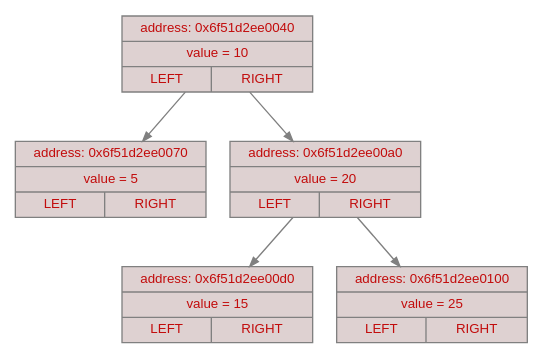
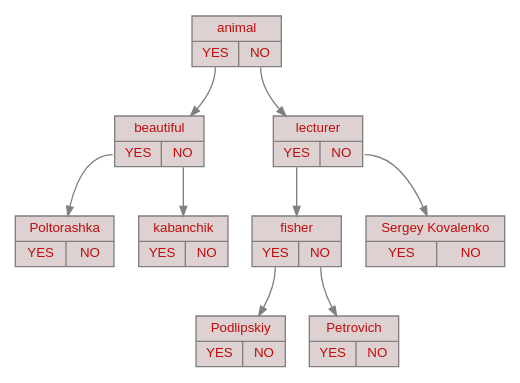
The diagram in list.gv (Sergey3G/Task-4-Akinator), drawn with Graphviz before and after one commit. The commit also changed 11 other files, not shown here.

```diff
--- a/list.gv
+++ b/list.gv
@@ -1,15 +1,23 @@
 digraph G {
   bgcolor="#ffffffff";
   node [shape=record, fontname="Helvetica", fontsize=10, style=filled, fillcolor="#ded1d1ff", fontcolor="#c20c0cff", color=gray];
   edge [arrowsize=0.7, color=gray];
 
-  node0 [label="{address: 0x6f51d2ee0040 | value = 10 | {LEFT | RIGHT}}"];
-  node1 [label="{address: 0x6f51d2ee0070 | value = 5 | {LEFT | RIGHT}}"];
-  node0 -> node1;
-  node2 [label="{address: 0x6f51d2ee00a0 | value = 20 | {LEFT | RIGHT}}"];
-  node3 [label="{address: 0x6f51d2ee00d0 | value = 15 | {LEFT | RIGHT}}"];
-  node2 -> node3;
-  node4 [label="{address: 0x6f51d2ee0100 | value = 25 | {LEFT | RIGHT}}"];
-  node2 -> node4;
-  node0 -> node2;
+  node0 [label="{ animal | {<yes> YES | <no >NO}}"];
+  node1 [label="{ beautiful | {<yes> YES | <no >NO}}"];
+  node2 [label="{ Poltorashka | {<yes> YES | <no >NO}}"];
+  node1:yes -> node2;
+  node3 [label="{ kabanchik | {<yes> YES | <no >NO}}"];
+  node1:no -> node3;
+  node0:yes -> node1;
+  node4 [label="{ lecturer | {<yes> YES | <no >NO}}"];
+  node5 [label="{ fisher | {<yes> YES | <no >NO}}"];
+  node6 [label="{ Podlipskiy | {<yes> YES | <no >NO}}"];
+  node5:yes -> node6;
+  node7 [label="{ Petrovich | {<yes> YES | <no >NO}}"];
+  node5:no -> node7;
+  node4:yes -> node5;
+  node8 [label="{ Sergey Kovalenko | {<yes> YES | <no >NO}}"];
+  node4:no -> node8;
+  node0:no -> node4;
 }
```
